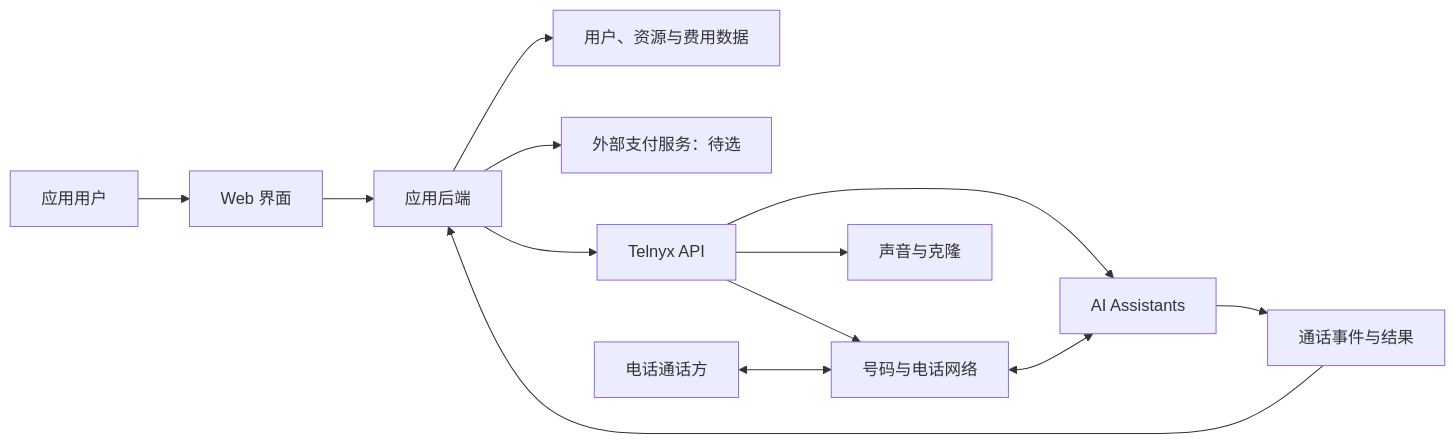
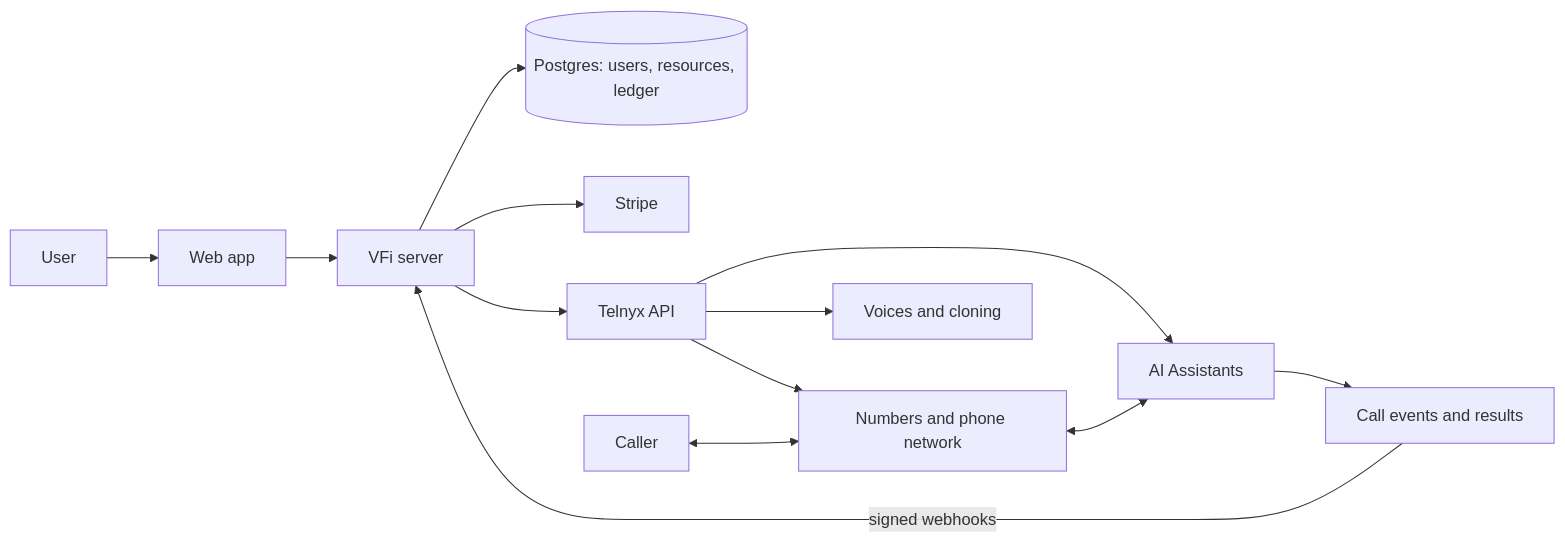
Before and after one commit to birdy-nyquiste/VFi: the diagram in SPEC.md, drawn with Mermaid. The commit also changed other lines of this file and 18 other files, not shown here.

````diff
--- a/SPEC.md
+++ b/SPEC.md
@@ -98,15 +114,15 @@
 ```mermaid
 flowchart LR
-    U[应用用户] --> W[Web 界面]
-    W --> B[应用后端]
-    B --> D[用户、资源与费用数据]
-    B --> P[外部支付服务：待选]
+    U[User] --> W[Web app]
+    W --> B[VFi server]
+    B --> D[(Postgres: users, resources, ledger)]
+    B --> S[Stripe]
     B --> T[Telnyx API]
-    T --> N[号码与电话网络]
-    T --> V[声音与克隆]
+    T --> N[Numbers and phone network]
+    T --> V[Voices and cloning]
     T --> A[AI Assistants]
-    C[电话通话方] <--> N
+    C[Caller] <--> N
     N <--> A
-    A --> E[通话事件与结果]
-    E --> B
+    A --> E[Call events and results]
+    E -->|signed webhooks| B
 ```
````
